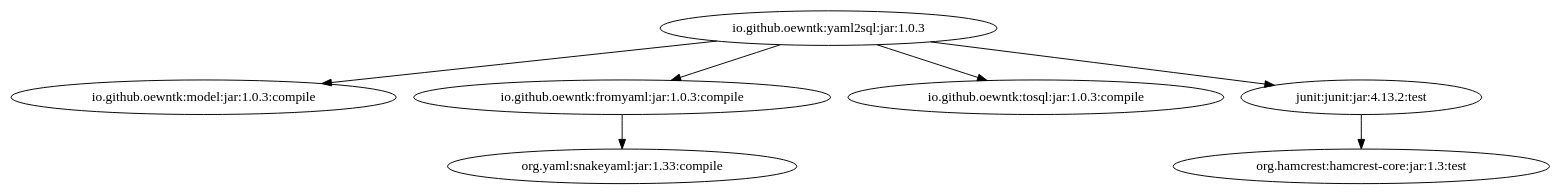
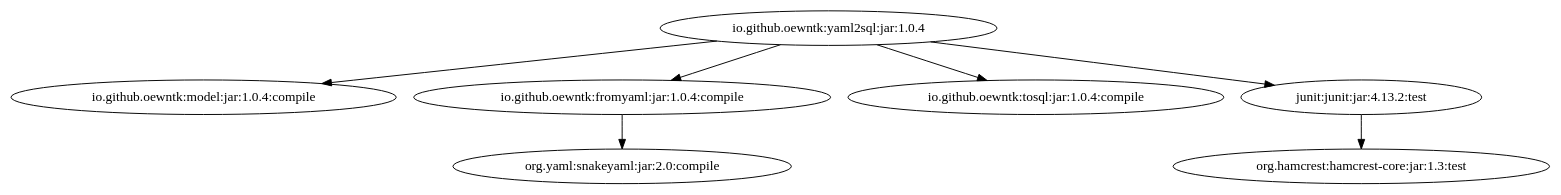
One commit to oewntk/grind_yaml2sql changed the diagram in images/grind-yaml2sql.dot. Above: the diagram before and after it, drawn with Graphviz. The commit also changed 2 other files, not shown here.

Commit message:
1.0.4 version snakeyaml 2.0 dep

```diff
--- a/images/grind-yaml2sql.dot
+++ b/images/grind-yaml2sql.dot
@@ -1,8 +1,8 @@
-digraph "io.github.oewntk:yaml2sql:jar:1.0.3" { 
-	"io.github.oewntk:yaml2sql:jar:1.0.3" -> "io.github.oewntk:model:jar:1.0.3:compile" ; 
-	"io.github.oewntk:yaml2sql:jar:1.0.3" -> "io.github.oewntk:fromyaml:jar:1.0.3:compile" ; 
-	"io.github.oewntk:yaml2sql:jar:1.0.3" -> "io.github.oewntk:tosql:jar:1.0.3:compile" ; 
-	"io.github.oewntk:yaml2sql:jar:1.0.3" -> "junit:junit:jar:4.13.2:test" ; 
-	"io.github.oewntk:fromyaml:jar:1.0.3:compile" -> "org.yaml:snakeyaml:jar:1.33:compile" ; 
+digraph "io.github.oewntk:yaml2sql:jar:1.0.4" { 
+	"io.github.oewntk:yaml2sql:jar:1.0.4" -> "io.github.oewntk:model:jar:1.0.4:compile" ; 
+	"io.github.oewntk:yaml2sql:jar:1.0.4" -> "io.github.oewntk:fromyaml:jar:1.0.4:compile" ; 
+	"io.github.oewntk:yaml2sql:jar:1.0.4" -> "io.github.oewntk:tosql:jar:1.0.4:compile" ; 
+	"io.github.oewntk:yaml2sql:jar:1.0.4" -> "junit:junit:jar:4.13.2:test" ; 
+	"io.github.oewntk:fromyaml:jar:1.0.4:compile" -> "org.yaml:snakeyaml:jar:2.0:compile" ; 
 	"junit:junit:jar:4.13.2:test" -> "org.hamcrest:hamcrest-core:jar:1.3:test" ; 
  } 
```
